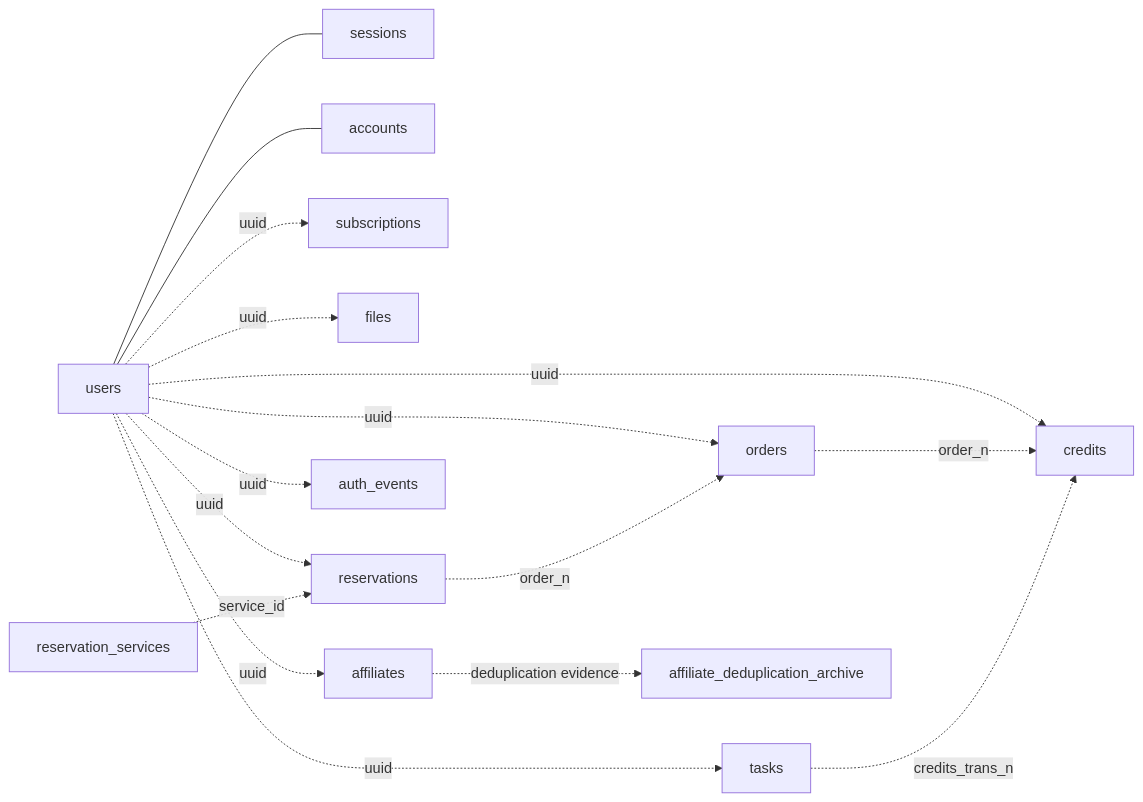
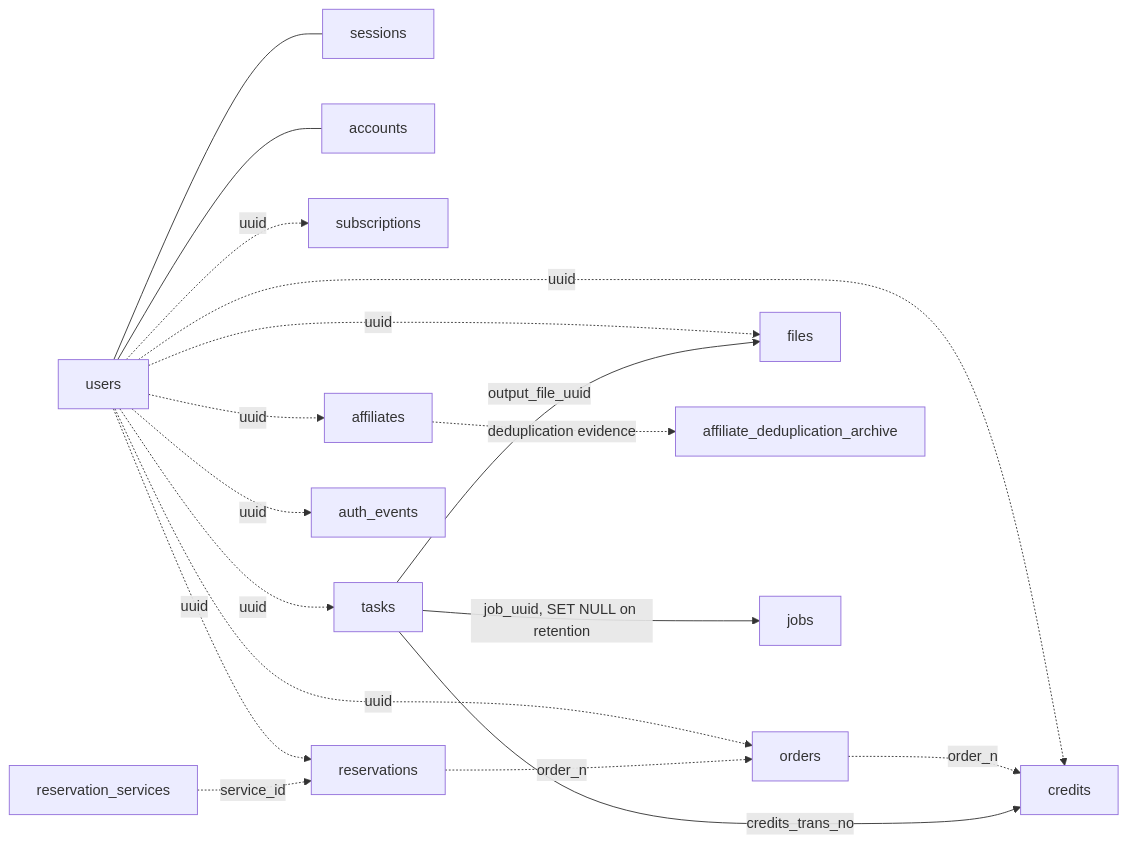
One commit to PansaLegrand/sushi-saas-template changed the diagram in docs/database.md. Above: the diagram before and after it, drawn with Mermaid. The commit also changed other lines of this file and 5 other files, not shown here.

````diff
--- a/docs/database.md
+++ b/docs/database.md
@@ -309,18 +317,20 @@
 ```mermaid
 graph LR
   users[users] --- sessions
   users --- accounts
   users -.uuid.-> credits
   users -.uuid.-> orders
   users -.uuid.-> subscriptions
   users -.uuid.-> files
   users -.uuid.-> tasks
   users -.uuid.-> reservations
   users -.uuid.-> affiliates
   users -.uuid.-> auth_events
   affiliates -.deduplication evidence.-> affiliate_deduplication_archive
   orders -.order_no.-> credits
-  tasks -.credits_trans_no.-> credits
+  tasks -->|credits_trans_no| credits
+  tasks -->|output_file_uuid| files
+  tasks -->|job_uuid, SET NULL on retention| jobs
   reservation_services -.service_id.-> reservations
   reservations -.order_no.-> orders
 ```
````
